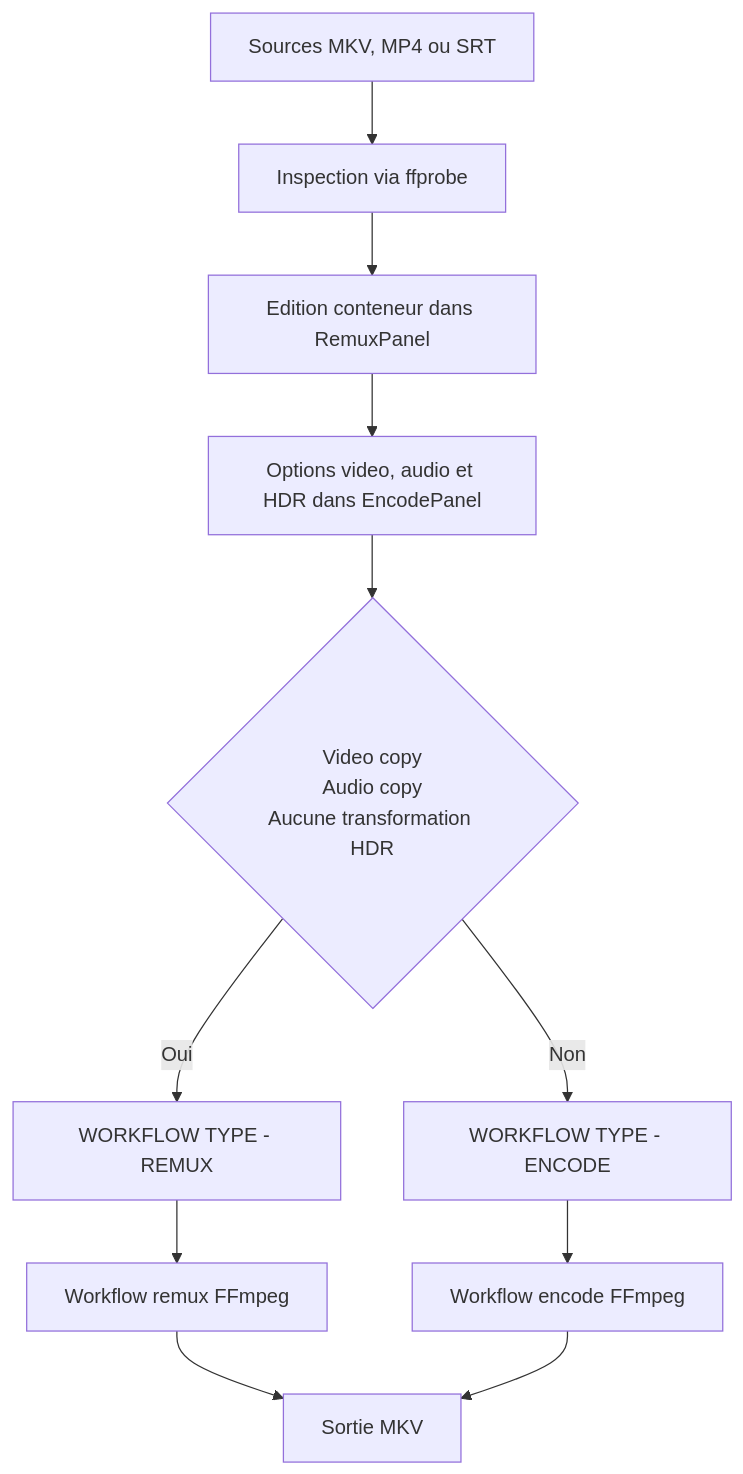
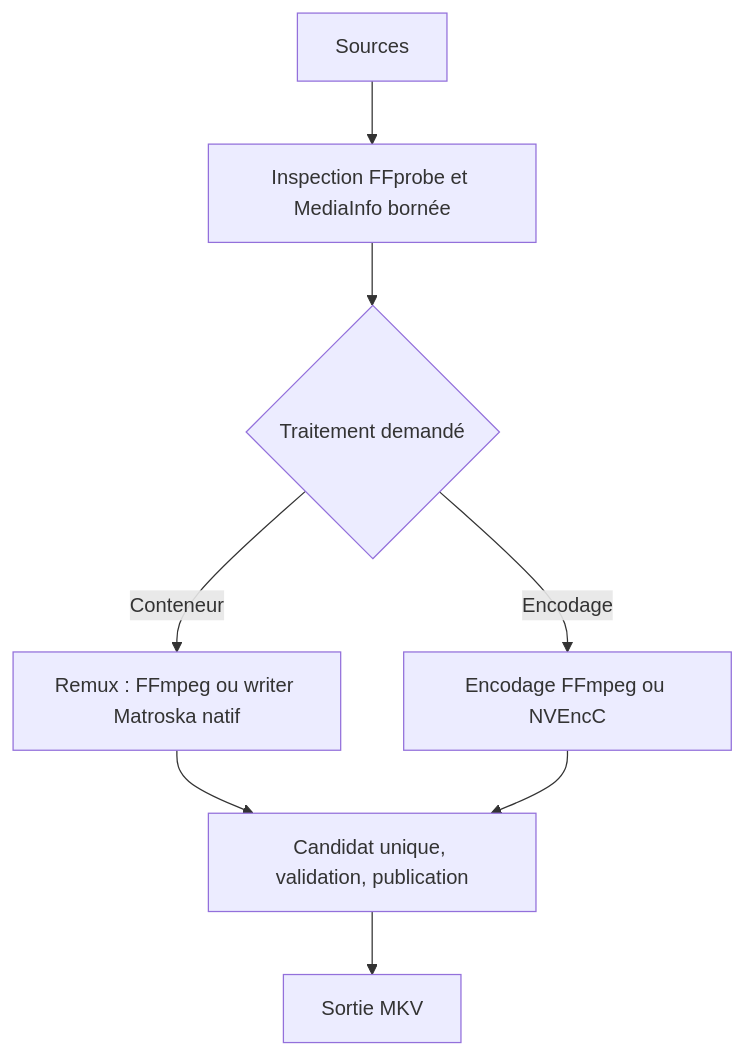
One commit to Hydro74000/muxiveo changed the first of 5 diagrams in README.md. Above: the diagram before and after it, drawn with Mermaid. The commit also changed other lines of this file and 34 other files, not shown here.

````diff
--- a/README.md
+++ b/README.md
@@ -725,15 +728,10 @@
 ```mermaid
 flowchart TD
-    A["Sources MKV, MP4 ou SRT"] --> B["Inspection via ffprobe"]
-    B --> C["Edition conteneur dans RemuxPanel"]
-    C --> D["Options video, audio et HDR dans EncodePanel"]
-    D --> E{"Video copy<br/>Audio copy<br/>Aucune transformation HDR"}
-
-    E -->|Oui| R0["WORKFLOW TYPE - REMUX"]
-    R0 --> R1["Workflow remux FFmpeg"]
-    R1 --> Z["Sortie MKV"]
-
-    E -->|Non| E0["WORKFLOW TYPE - ENCODE"]
-    E0 --> E1["Workflow encode FFmpeg"]
-    E1 --> Z
+    A[Sources] --> B[Inspection FFprobe et MediaInfo bornée]
+    B --> C{Traitement demandé}
+    C -->|Conteneur| R[Remux : FFmpeg ou writer Matroska natif]
+    C -->|Encodage| E[Encodage FFmpeg ou NVEncC]
+    R --> V[Candidat unique, validation, publication]
+    E --> V
+    V --> Z[Sortie MKV]
 ```
````
